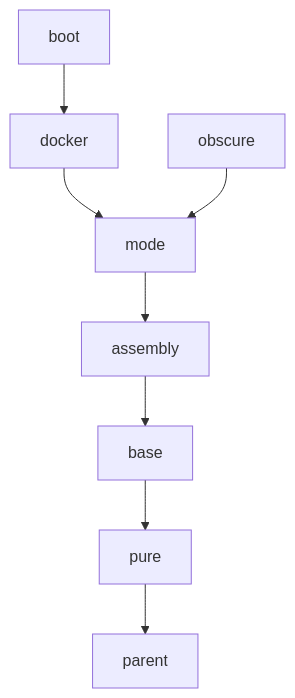
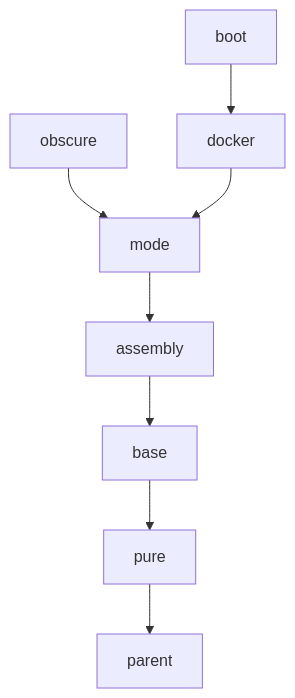
Before and after one commit to dbstar-org/parent: the diagram in README.md, drawn with Mermaid. The commit also changed other lines of this file and 1 other file, not shown here.

Commit message:
obscure parent文档完善

````diff
--- a/README.md
+++ b/README.md
@@ -30,10 +31,10 @@
 ```mermaid
 graph TD;
     pure-->parent;
     base-->pure;
     assembly-->base;
     mode-->assembly;
+    obscure-->mode;
     docker-->mode;
     boot-->docker;
-    obscure-->mode;
 ```
````
